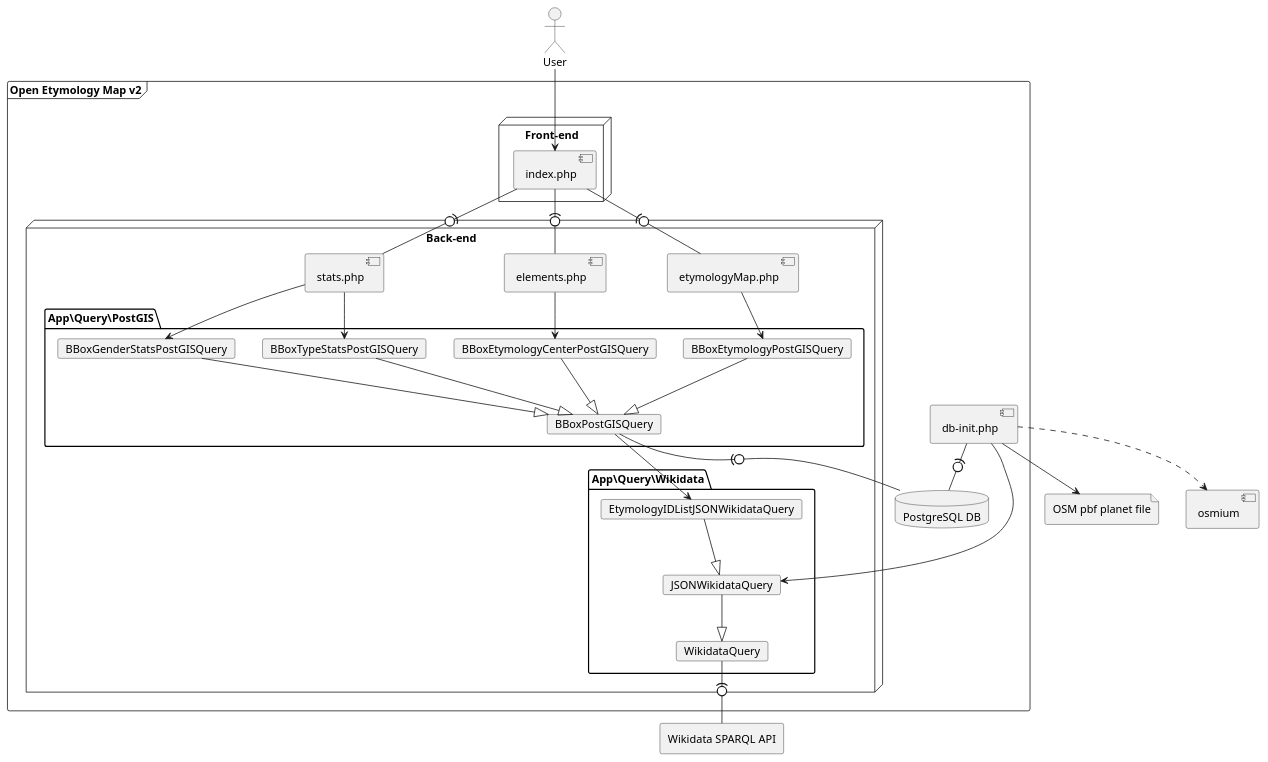
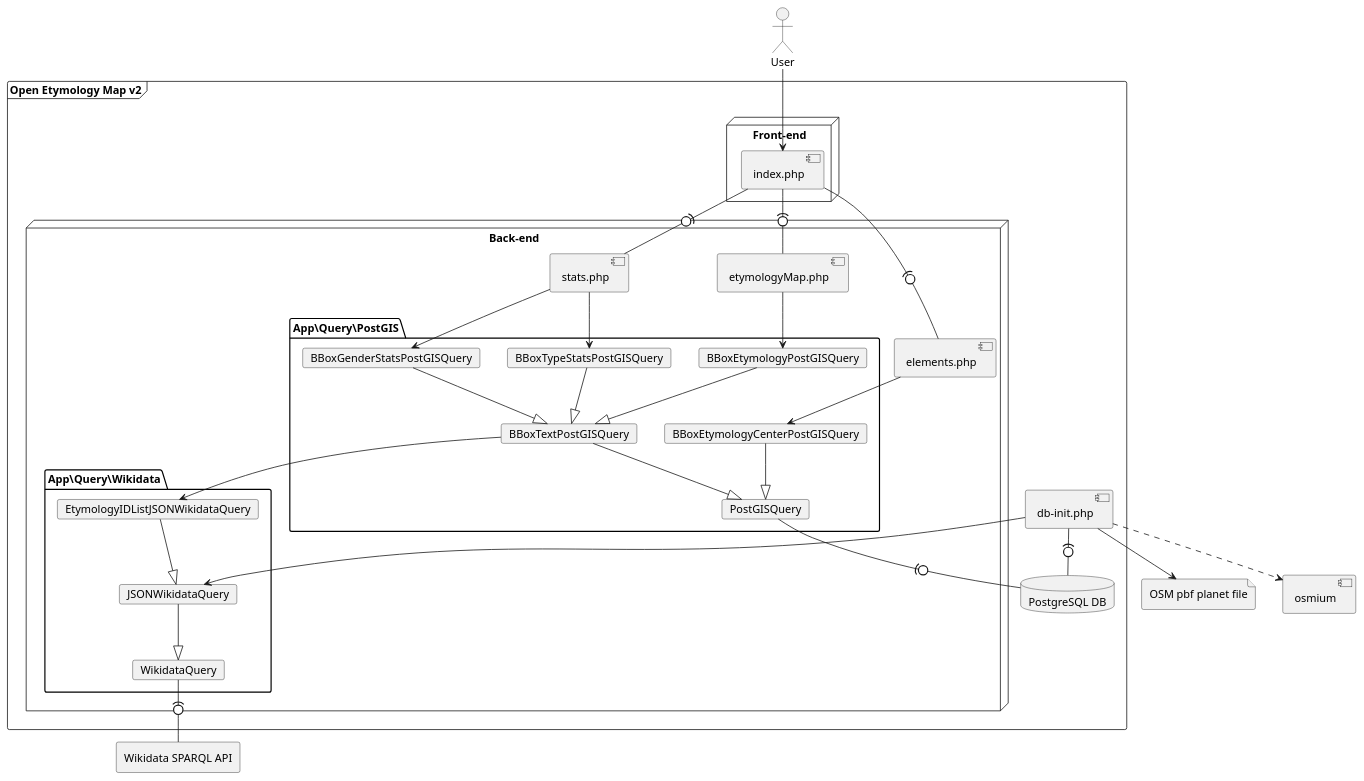
The second of 3 diagrams in CONTRIBUTING.md (Danysan1/osm-wikidata-map-framework), drawn with PlantUML before and after one commit. The commit also changed 2 other files, not shown here.

Commit message:
PostGISQuery

````diff
--- a/CONTRIBUTING.md
+++ b/CONTRIBUTING.md
@@ -194,58 +194,60 @@
 ```plantuml
 actor user as "User"
 file pbf as "OSM pbf planet file"
 component osmium
 frame oem as "Open Etymology Map v2" {
     database db as "PostgreSQL DB"
     component init as "db-init.php"
     node "Front-end" {
         component index as "index.php"
     }
     node "Back-end" {
         component etymologyMap as "etymologyMap.php"
         component elements as "elements.php"
         component stats as "stats.php"
         package "App\Query\PostGIS" {
             card BBoxEtymologyPostGISQuery
             card BBoxGenderStatsPostGISQuery
             card BBoxTypeStatsPostGISQuery
             card BBoxEtymologyCenterPostGISQuery
-            card BBoxPostGISQuery
+            card BBoxTextPostGISQuery
+            card PostGISQuery
         }
         package "App\Query\Wikidata" {
             card EtymologyIDListJSONWikidataQuery
             card JSONWikidataQuery
             card WikidataQuery
         }
     }
 }
 agent wikidata as "Wikidata SPARQL API"
 
 user --> index
 index -(0- etymologyMap
 index -(0- elements
 index -(0- stats
 
 etymologyMap --> BBoxEtymologyPostGISQuery
 stats --> BBoxGenderStatsPostGISQuery
 stats --> BBoxTypeStatsPostGISQuery
 elements --> BBoxEtymologyCenterPostGISQuery
 
-BBoxEtymologyPostGISQuery --^ BBoxPostGISQuery
-BBoxGenderStatsPostGISQuery --^ BBoxPostGISQuery
-BBoxTypeStatsPostGISQuery --^ BBoxPostGISQuery
-BBoxEtymologyCenterPostGISQuery --^ BBoxPostGISQuery
+BBoxTextPostGISQuery --|> PostGISQuery
+BBoxEtymologyPostGISQuery --|> BBoxTextPostGISQuery
+BBoxGenderStatsPostGISQuery --|> BBoxTextPostGISQuery
+BBoxTypeStatsPostGISQuery --|> BBoxTextPostGISQuery
+BBoxEtymologyCenterPostGISQuery --|> PostGISQuery
 
-EtymologyIDListJSONWikidataQuery --^ JSONWikidataQuery
-JSONWikidataQuery --^ WikidataQuery
+EtymologyIDListJSONWikidataQuery --|> JSONWikidataQuery
+JSONWikidataQuery --|> WikidataQuery
 
-BBoxPostGISQuery -(0- db
-BBoxPostGISQuery --> EtymologyIDListJSONWikidataQuery
+PostGISQuery -(0- db
+BBoxTextPostGISQuery --> EtymologyIDListJSONWikidataQuery
 
 WikidataQuery -(0- wikidata
 
 init -(0- db
 init ..> osmium
 init --> pbf
 init --> JSONWikidataQuery
 ```
````
